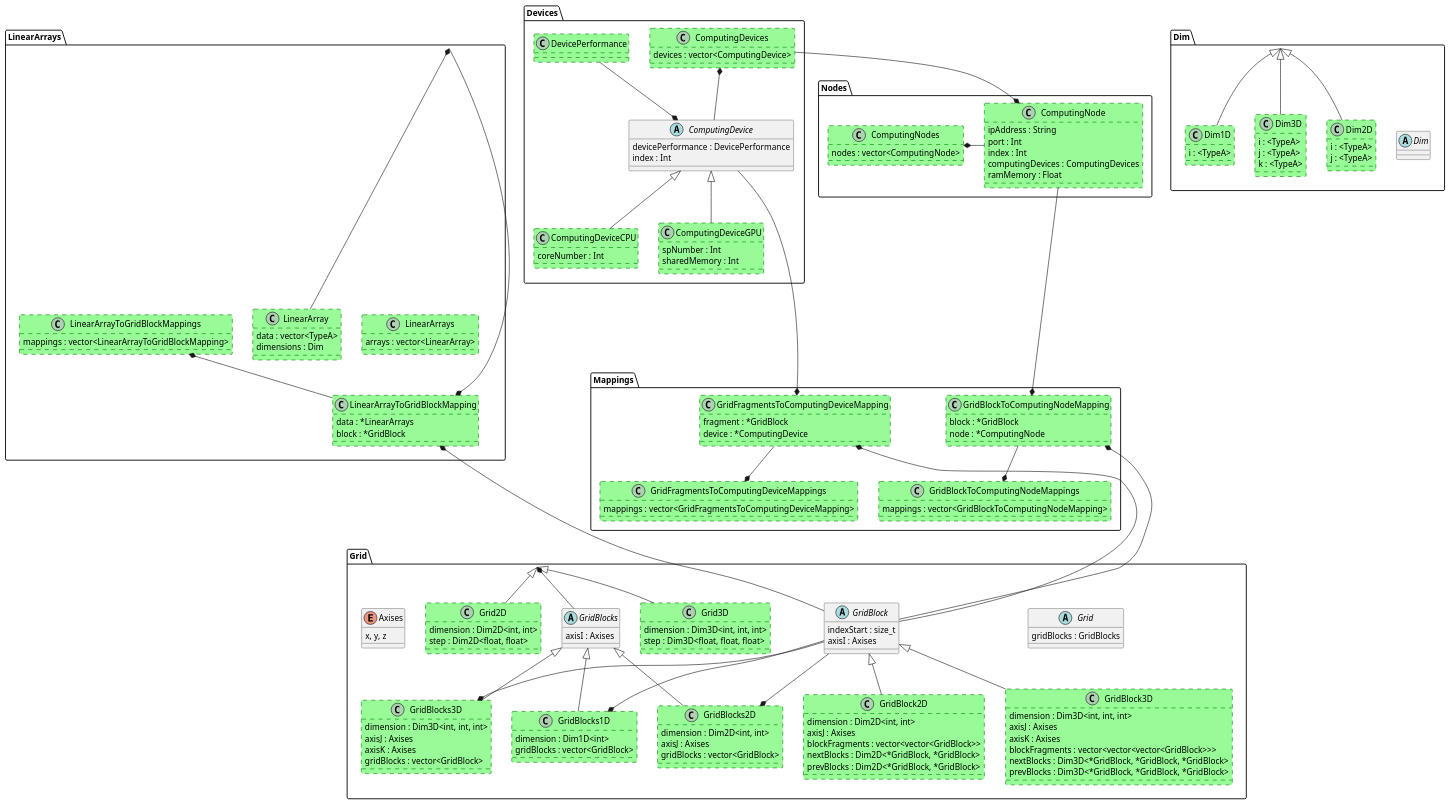
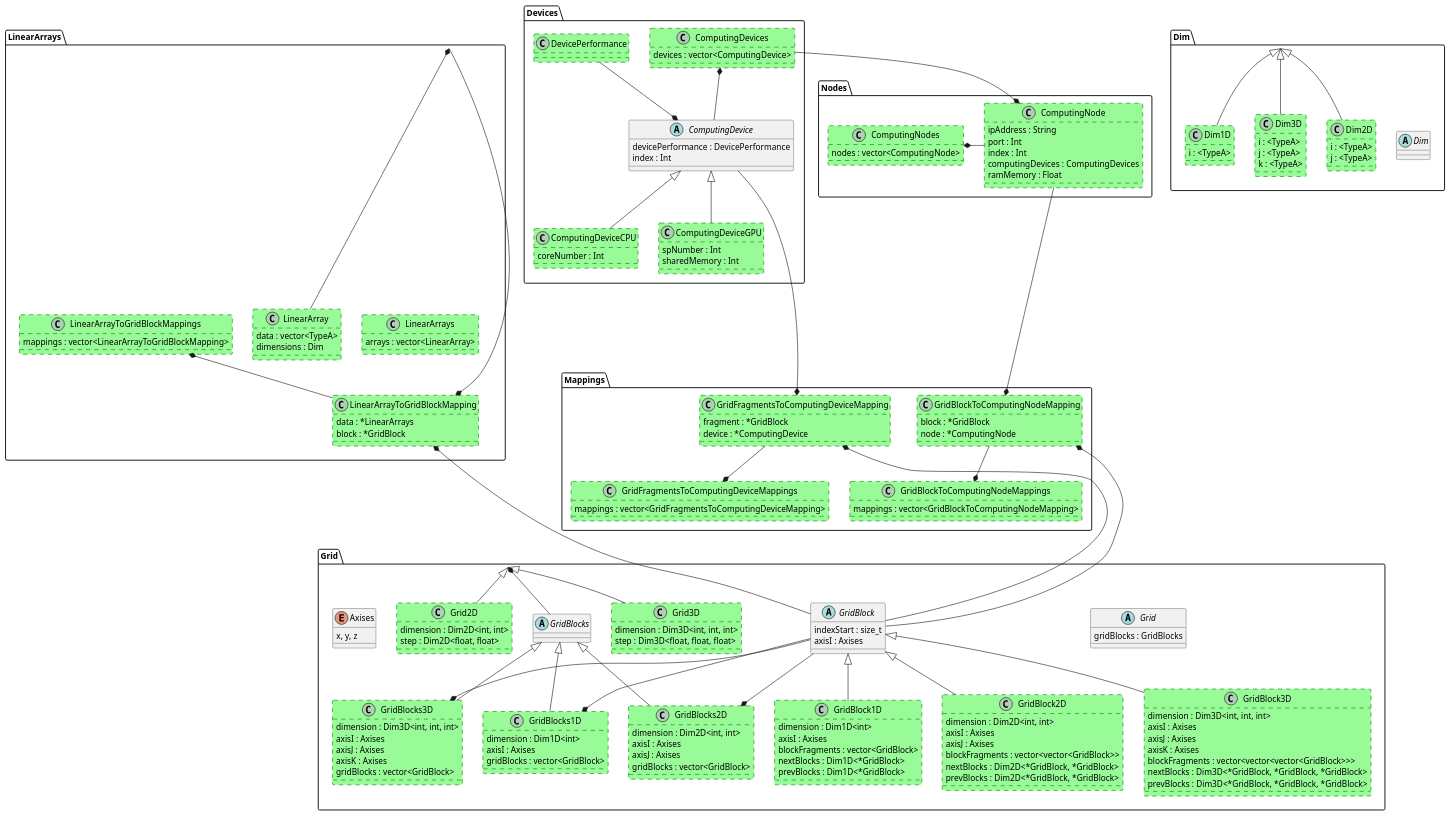
One commit to LitvinovVN/CudaLearning changed the diagram in _12_DistributedSlaeSolver/DistributedSlaeSolver/DistributedSlaeSolver.Documentation/ClassesDiagram.puml. Above: the diagram before and after it, drawn with PlantUML. The commit also changed 1 other file, not shown here.

```diff
--- a/_12_DistributedSlaeSolver/DistributedSlaeSolver/DistributedSlaeSolver.Documentation/ClassesDiagram.puml
+++ b/_12_DistributedSlaeSolver/DistributedSlaeSolver/DistributedSlaeSolver.Documentation/ClassesDiagram.puml
@@ -76,21 +76,22 @@
 
 	'Абстрактный класс GridBlocks - класс описывающий блоки расчетной сетки
 	abstract class GridBlocks
-	{
-		axisI : Axises
+	{		
 	}
 
 	'Класс GridBlocks1D - класс  описывающий разбиение расчетной сетки на блоки по одному измерению
 	class GridBlocks1D #palegreen;line:green;line.dashed
 	{
 		dimension : Dim1D<int>
+		axisI : Axises
 		gridBlocks : vector<GridBlock>
 	}
 
 	'Класс GridBlocks2D - класс  описывающий разбиение расчетной сетки на блоки по двум измерениям
 	class GridBlocks2D #palegreen;line:green;line.dashed
 	{
-		dimension : Dim2D<int, int>		
+		dimension : Dim2D<int, int>
+		axisI : Axises
 		axisJ : Axises
 		gridBlocks : vector<GridBlock>
 	}
@@ -98,7 +99,8 @@
 	'Класс GridBlocks3D - класс  описывающий разбиение расчетной сетки на блоки по трем измерениям
 	class GridBlocks3D #palegreen;line:green;line.dashed
 	{
-		dimension : Dim3D<int, int, int>		
+		dimension : Dim3D<int, int, int>
+		axisI : Axises
 		axisJ : Axises
 		axisK : Axises
 		gridBlocks : vector<GridBlock>
@@ -111,10 +113,21 @@
 		axisI : Axises
 	}
 
+	'Класс GridBlock1D - класс описывающий одномерный блок расчетной сетки
+	class GridBlock1D #palegreen;line:green;line.dashed
+	{
+		dimension : Dim1D<int>
+		axisI : Axises		
+		blockFragments : vector<GridBlock>
+		nextBlocks : Dim1D<*GridBlock>
+		prevBlocks : Dim1D<*GridBlock>
+	}
+
 	'Класс GridBlock2D - класс  описывающий двумерный блок расчетной сетки
 	class GridBlock2D #palegreen;line:green;line.dashed
 	{
-		dimension : Dim2D<int, int>		
+		dimension : Dim2D<int, int>
+		axisI : Axises
 		axisJ : Axises
 		blockFragments : vector<vector<GridBlock>>
 		nextBlocks : Dim2D<*GridBlock, *GridBlock>
@@ -124,7 +137,8 @@
 	'Класс GridBlock3D - класс  описывающий трехмерный блок расчетной сетки
 	class GridBlock3D #palegreen;line:green;line.dashed
 	{
-		dimension : Dim3D<int, int, int>		
+		dimension : Dim3D<int, int, int>
+		axisI : Axises
 		axisJ : Axises
 		axisK : Axises
 		blockFragments : vector<vector<vector<GridBlock>>>
@@ -247,6 +261,7 @@
 GridBlock --* GridBlocks1D
 GridBlock --* GridBlocks2D
 GridBlock --* GridBlocks3D
+GridBlock <|-- GridBlock1D
 GridBlock <|-- GridBlock2D
 GridBlock <|-- GridBlock3D
 GridBlockToComputingNodeMapping --* GridBlockToComputingNodeMappings
```
